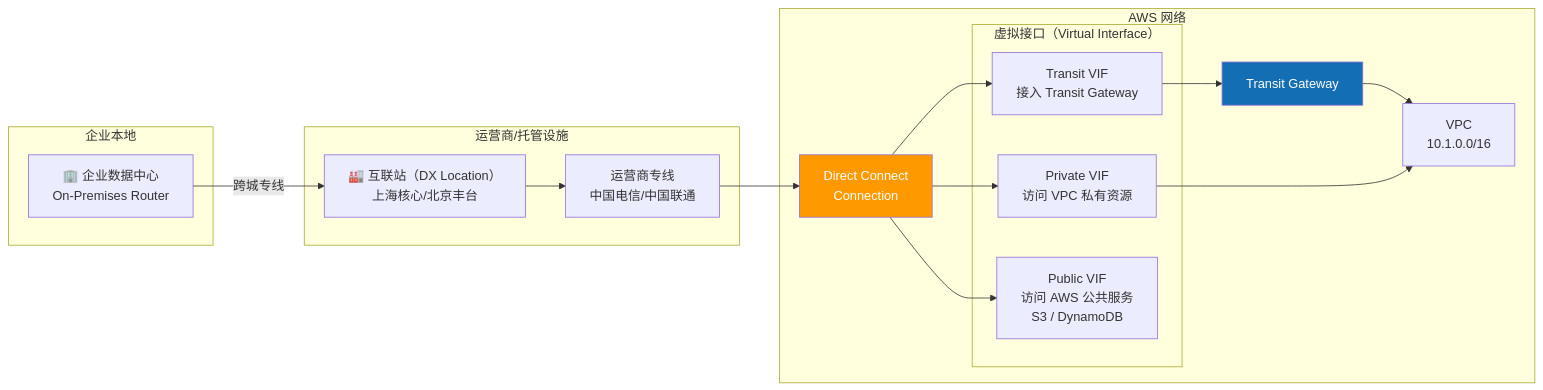
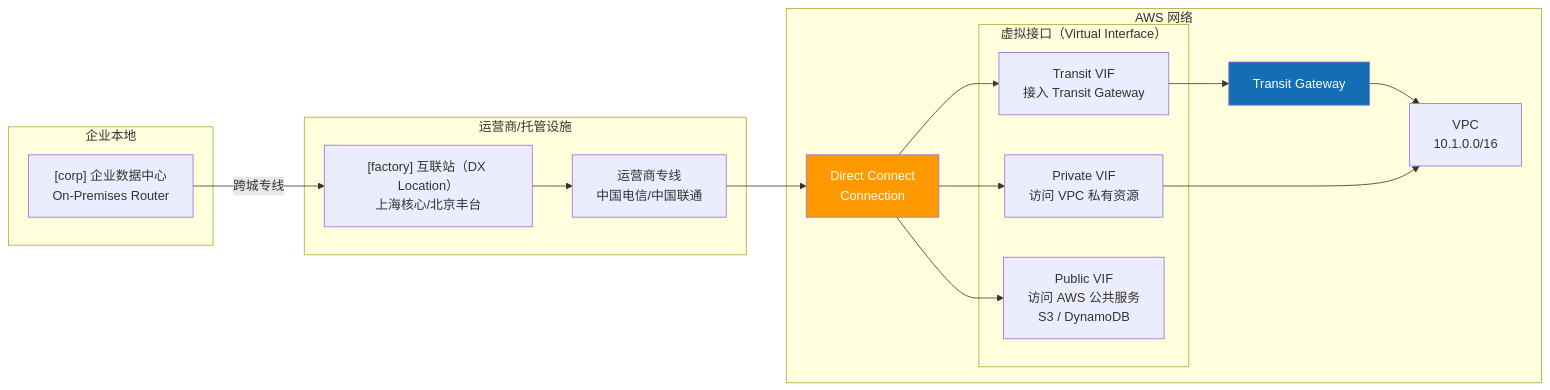
Before and after one commit to SKT-Shurima/NetworkMastery: the fourth of 6 diagrams in docs/guide/cloud/aws-networking.md, drawn with Mermaid. The commit also changed other lines of this file and 54 other files, not shown here.

````diff
--- a/docs/guide/cloud/aws-networking.md
+++ b/docs/guide/cloud/aws-networking.md
@@ -350,32 +350,32 @@
 ```mermaid
 graph LR
     subgraph "企业本地"
-        DC["🏢 企业数据中心<br/>On-Premises Router"]
+        DC["[corp] 企业数据中心<br/>On-Premises Router"]
     end
 
     subgraph "运营商/托管设施"
-        Colocation["🏭 互联站（DX Location）<br/>上海核心/北京丰台"]
+        Colocation["[factory] 互联站（DX Location）<br/>上海核心/北京丰台"]
         Partner["运营商专线<br/>中国电信/中国联通"]
     end
 
     subgraph "AWS 网络"
         DX_Conn["Direct Connect<br/>Connection"]
         subgraph "虚拟接口（Virtual Interface）"
             PrivVIF["Private VIF<br/>访问 VPC 私有资源"]
             TransVIF["Transit VIF<br/>接入 Transit Gateway"]
             PubVIF["Public VIF<br/>访问 AWS 公共服务<br/>S3 / DynamoDB"]
         end
         TGW_Node["Transit Gateway"]
         VPC_Node["VPC<br/>10.1.0.0/16"]
     end
 
     DC -->|跨城专线| Colocation
     Colocation --> Partner
     Partner --> DX_Conn
     DX_Conn --> PrivVIF & TransVIF & PubVIF
     TransVIF --> TGW_Node --> VPC_Node
     PrivVIF --> VPC_Node
 
     style DX_Conn fill:#FF9900,color:#fff
     style TGW_Node fill:#146EB4,color:#fff
 ```
````
